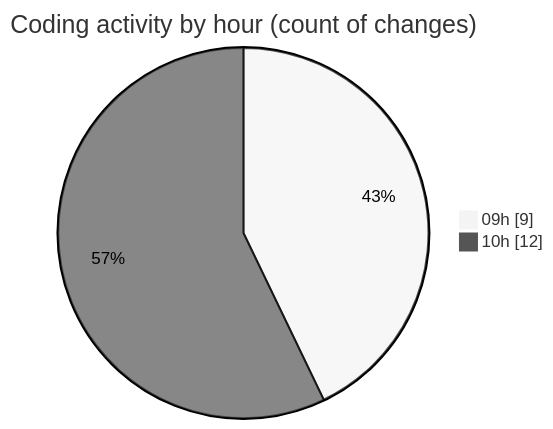
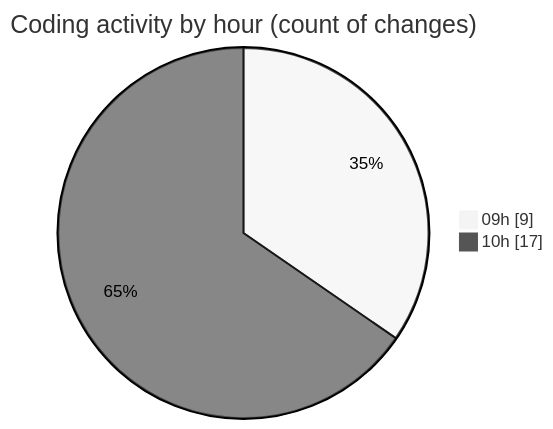
The second of 2 diagrams in 2025-02-04/cda/README.md (momahboobian/code-tracking), drawn with Mermaid (neutral theme) before and after one commit. The commit also changed other lines of this file and 1 other file, not shown here.

````diff
--- a/2025-02-04/cda/README.md
+++ b/2025-02-04/cda/README.md
@@ -28,6 +28,6 @@
 ```mermaid
 pie showData
 title Coding activity by hour (count of changes)
 "09h" : 9
-"10h" : 12
+"10h" : 17
 ```
````
